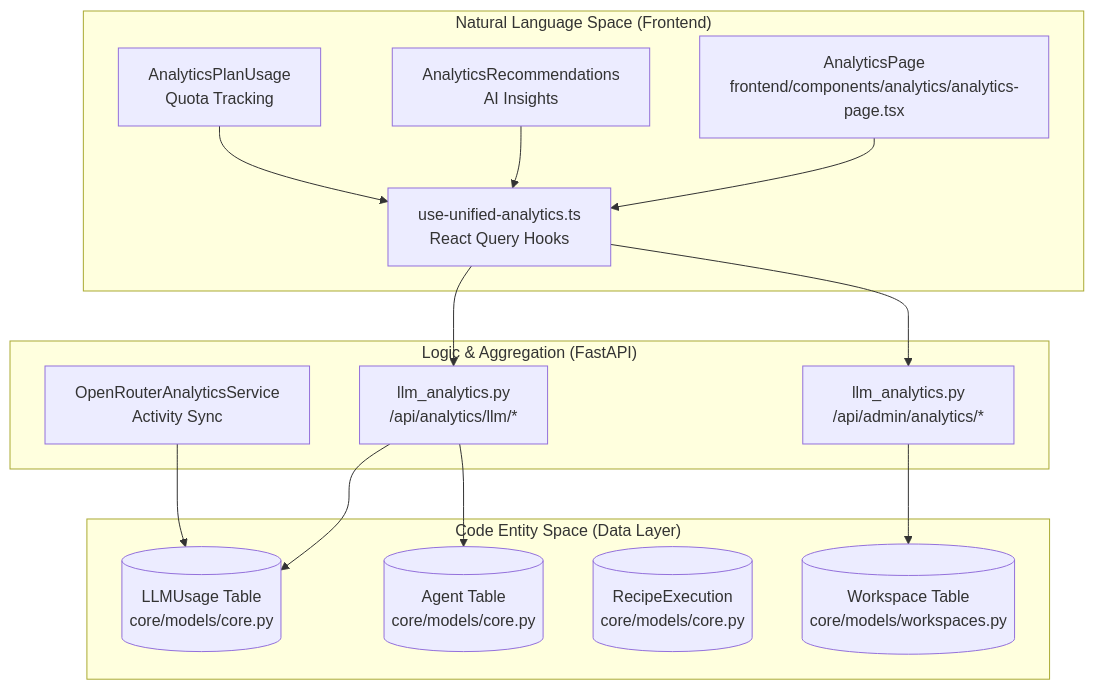
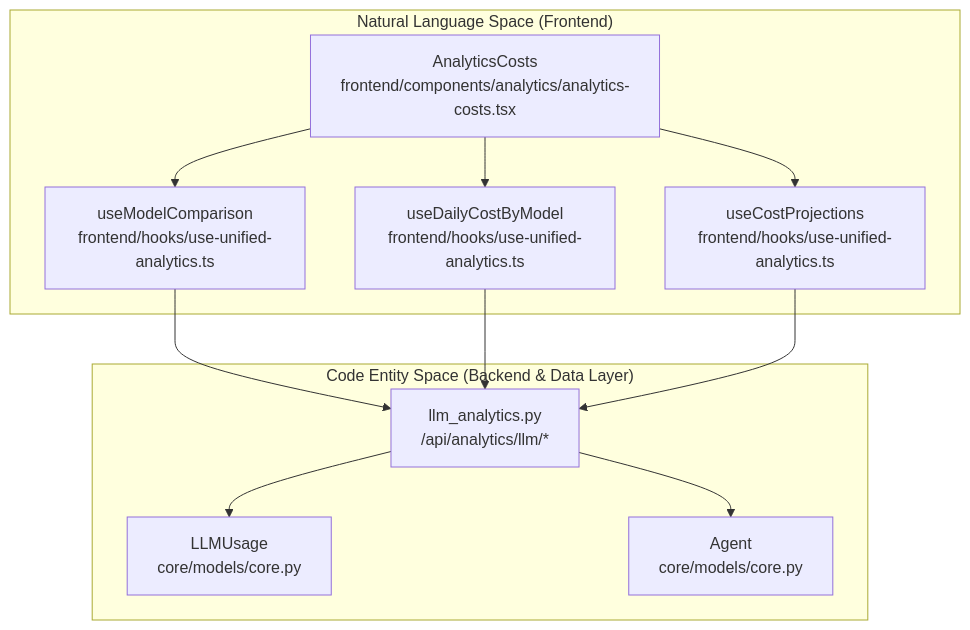
Before and after one commit to AutomatosAI/automatos-ai: the second of 2 diagrams in docs/analytics-monitoring/_index.md, drawn with Mermaid. The commit also changed other lines of this file and 191 other files, not shown here.

````diff
--- a/docs/analytics-monitoring/_index.md
+++ b/docs/analytics-monitoring/_index.md
@@ -63,32 +158,26 @@
 ```mermaid
-graph TB
+graph TD
     subgraph "Natural Language Space (Frontend)"
-        UI["AnalyticsPage<br/>frontend/components/analytics/analytics-page.tsx"]
-        Hooks["use-unified-analytics.ts<br/>React Query Hooks"]
-        Recs["AnalyticsRecommendations<br/>AI Insights"]
-        PlanUI["AnalyticsPlanUsage<br/>Quota Tracking"]
+        CostUI[AnalyticsCosts<br/>frontend/components/analytics/analytics-costs.tsx]
+        ModelComparisonHook[useModelComparison<br/>frontend/hooks/use-unified-analytics.ts]
+        DailyCostHook[useDailyCostByModel<br/>frontend/hooks/use-unified-analytics.ts]
+        CostProjectionsHook[useCostProjections<br/>frontend/hooks/use-unified-analytics.ts]
     end
 
-    subgraph "Logic & Aggregation (FastAPI)"
-        LLMRouter["llm_analytics.py<br/>/api/analytics/llm/*"]
-        AdminRouter["llm_analytics.py<br/>/api/admin/analytics/*"]
-        ORService["OpenRouterAnalyticsService<br/>Activity Sync"]
+    subgraph "Code Entity Space (Backend & Data Layer)"
+        LLMAnalyticsAPI[llm_analytics.py<br/>/api/analytics/llm/*]
+        LLMUsageTable[LLMUsage<br/>core/models/core.py]
+        AgentModel[Agent<br/>core/models/core.py]
     end
 
-    subgraph "Code Entity Space (Data Layer)"
-        UsageTable[("LLMUsage Table<br/>core/models/core.py")]
-        AgentTable[("Agent Table<br/>core/models/core.py")]
-        RecipeExec[("RecipeExecution<br/>core/models/core.py")]
-        Workspaces[("Workspace Table<br/>core/models/workspaces.py")]
-    end
+    CostUI --> ModelComparisonHook
+    CostUI --> DailyCostHook
+    CostUI --> CostProjectionsHook
 
-    UI --> Hooks
-    Hooks --> LLMRouter
-    Hooks --> AdminRouter
-    LLMRouter --> UsageTable
-    LLMRouter --> AgentTable
-    AdminRouter --> Workspaces
-    ORService --> UsageTable
-    Recs --> Hooks
-    PlanUI --> Hooks
+    ModelComparisonHook --> LLMAnalyticsAPI
+    DailyCostHook --> LLMAnalyticsAPI
+    CostProjectionsHook --> LLMAnalyticsAPI
+
+    LLMAnalyticsAPI --> LLMUsageTable
+    LLMAnalyticsAPI --> AgentModel
 ```
````
